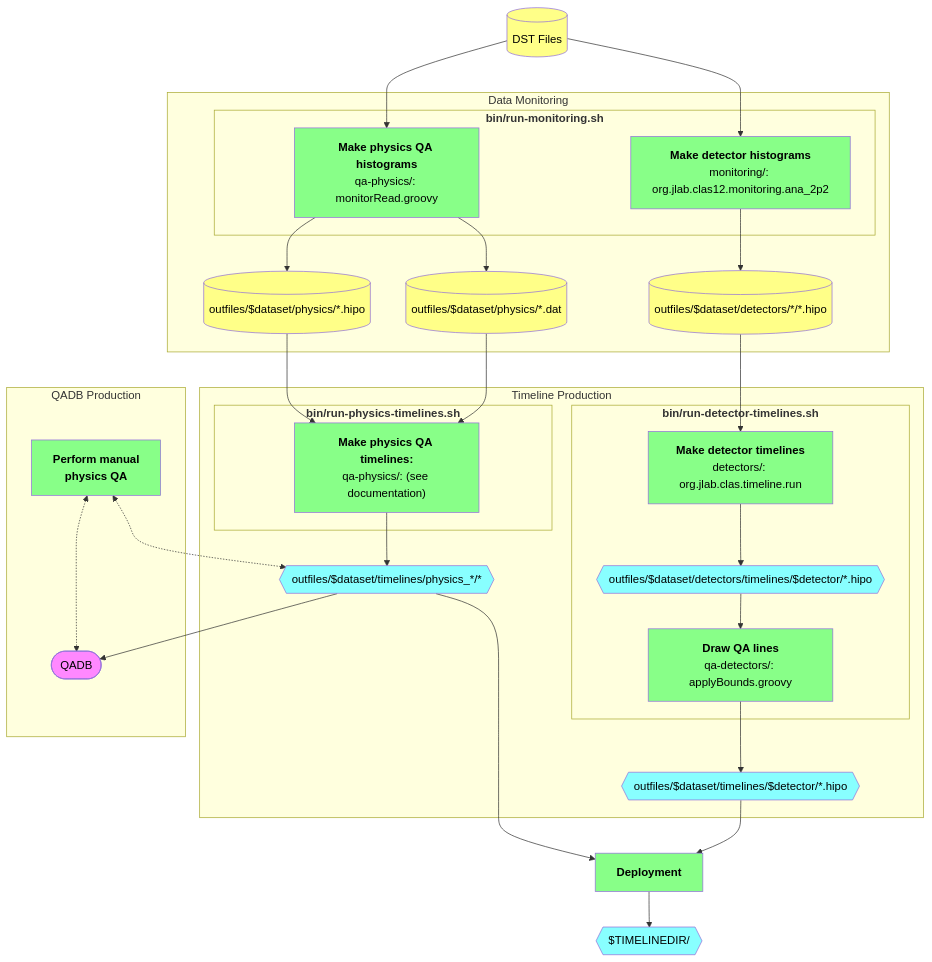
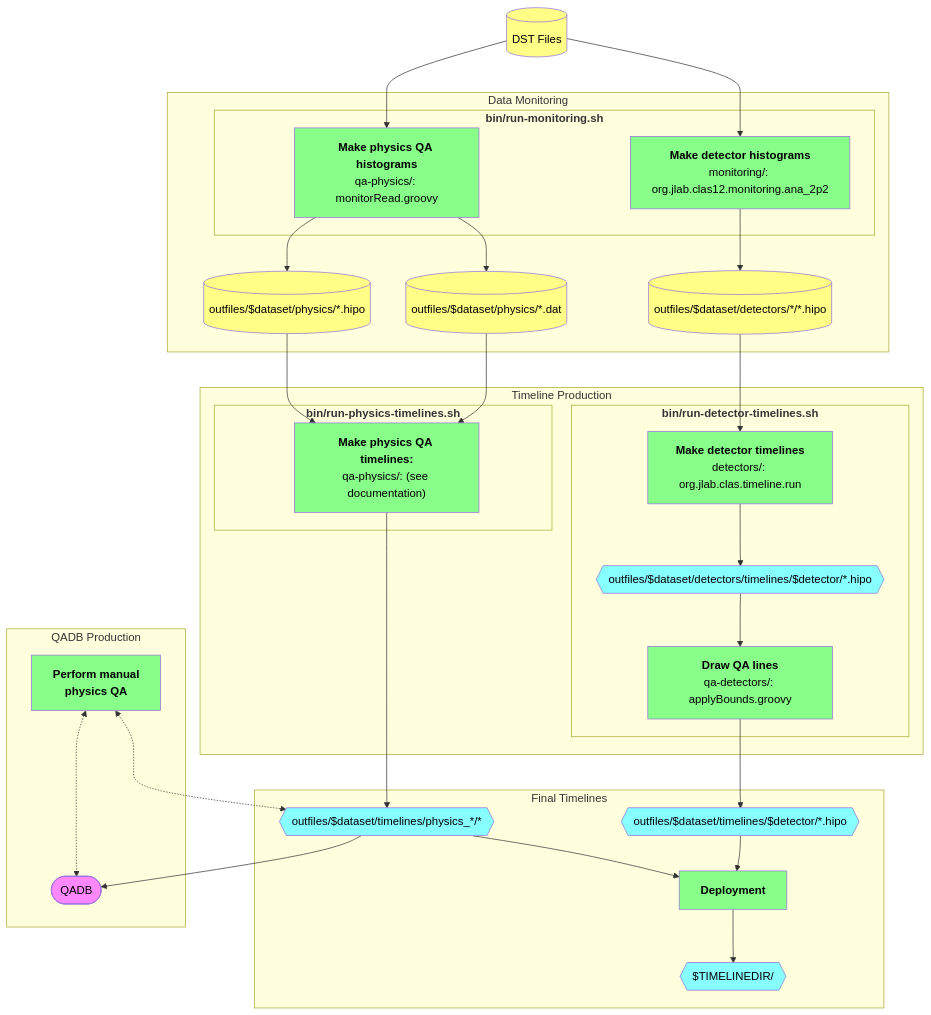
One commit to JeffersonLab/clas12-timeline changed the diagram in README.md. Above: the diagram before and after it, drawn with Mermaid.

Commit message:
modified: README.md

````diff
--- a/README.md
+++ b/README.md
@@ -75,59 +75,59 @@
 ```mermaid
 flowchart TB
 
     classDef proc     fill:#8f8,color:black
     classDef data     fill:#ff8,color:black
     classDef misc     fill:#f8f,color:black
     classDef timeline fill:#8ff,color:black
 
     dst[(DST Files)]:::data
 
     subgraph Data Monitoring
         subgraph "<strong>bin/run-monitoring.sh</strong>"
             monitorDetectors["<strong>Make detector histograms</strong><br/>monitoring/: org.jlab.clas12.monitoring.ana_2p2"]:::proc
             monitorPhysics["<strong>Make physics QA histograms</strong><br/>qa-physics/: monitorRead.groovy"]:::proc
         end
         outplots[(outfiles/$dataset/detectors/*/*.hipo)]:::data
         outdat[(outfiles/$dataset/physics/*.dat)]:::data
         outmon[(outfiles/$dataset/physics/*.hipo)]:::data
     end
     dst --> monitorDetectors
     dst --> monitorPhysics
     monitorDetectors --> outplots
     monitorPhysics   --> outdat
     monitorPhysics   --> outmon
 
     subgraph Timeline Production
         subgraph "<strong>bin/run-detector-timelines.sh</strong>"
             timelineDetectorsPreQA["<strong>Make detector timelines</strong><br/>detectors/: org.jlab.clas.timeline.run"]:::proc
             outTimelineDetectorsPreQA{{outfiles/$dataset/detectors/timelines/$detector/*.hipo}}:::timeline
             timelineDetectors["<strong>Draw QA lines</strong><br/>qa-detectors/: applyBounds.groovy"]:::proc
         end
         subgraph "<strong>bin/run-physics-timelines.sh</strong>"
             timelinePhysics["<strong>Make physics QA timelines:</strong><br/>qa-physics/: (see documentation)"]:::proc
         end
+    end
+    subgraph Final Timelines
         outTimelinePhysics{{outfiles/$dataset/timelines/physics_*/*}}:::timeline
         outTimelineDetectors{{outfiles/$dataset/timelines/$detector/*.hipo}}:::timeline
+        deploy["<strong>Deployment</strong>"]:::proc
+        timelineDir{{"$TIMELINEDIR/"}}:::timeline
     end
-
     outplots --> timelineDetectorsPreQA --> outTimelineDetectorsPreQA --> timelineDetectors --> outTimelineDetectors
     outdat   --> timelinePhysics
     outmon   --> timelinePhysics
     timelinePhysics --> outTimelinePhysics
+    outTimelineDetectors --> deploy
+    outTimelinePhysics   --> deploy
+    deploy --> timelineDir
 
     subgraph QADB Production
         qadb([QADB]):::misc
         manualQA[<strong>Perform manual<br/>physics QA</strong>]:::proc
     end
-    
-    deploy["<strong>Deployment</strong>"]:::proc
-    timelineDir{{"$TIMELINEDIR/"}}:::timeline
-
-    outTimelineDetectors --> deploy
-    outTimelinePhysics   --> deploy
     outTimelinePhysics   --> qadb
     manualQA <-.-> outTimelinePhysics
     manualQA <-.-> qadb
-    deploy --> timelineDir
+    
 
 ```
````
